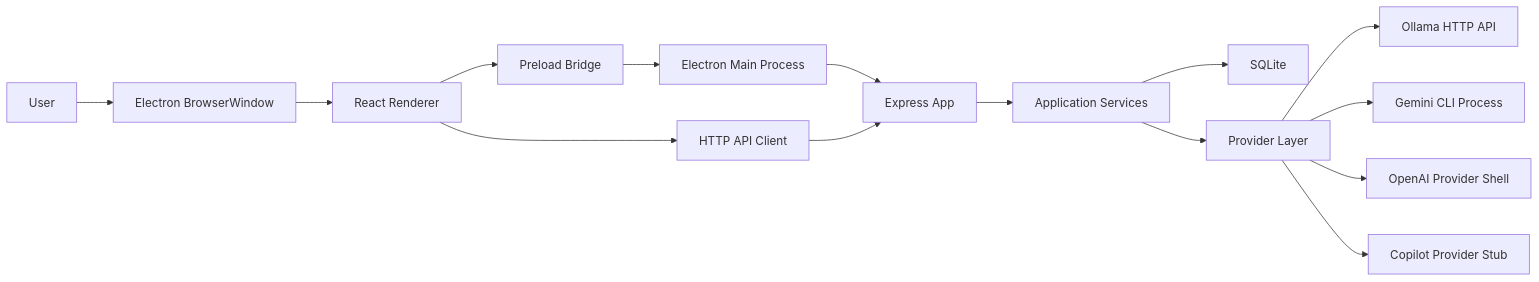
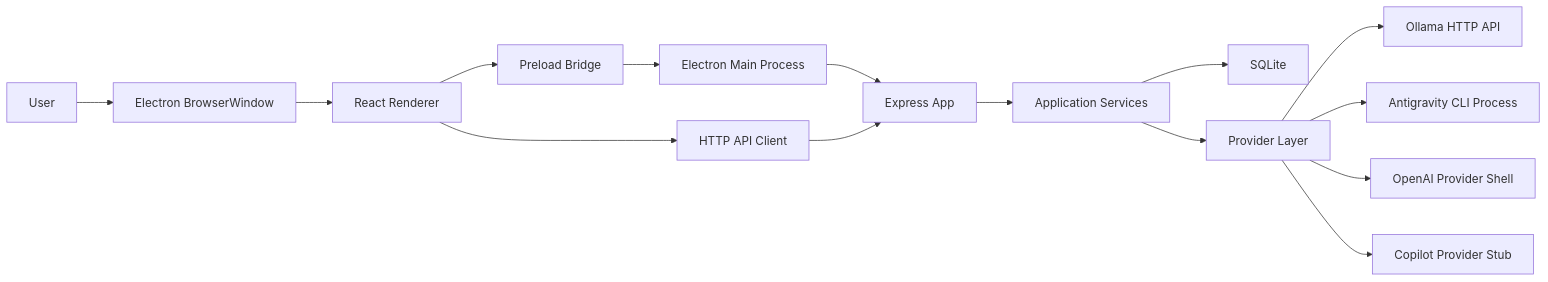
The first of 2 diagrams in docs/architecture/README.md (yungi0816/role-ai-brainstorm-workspace), drawn with Mermaid before and after one commit. The commit also changed other lines of this file and 7 other files, not shown here.

Commit message:
feat: replace Gemini CLI with Antigravity CLI

````diff
--- a/docs/architecture/README.md
+++ b/docs/architecture/README.md
@@ -7,17 +7,17 @@
 ```mermaid
 flowchart LR
     User["User"] --> Window["Electron BrowserWindow"]
     Window --> Renderer["React Renderer"]
     Renderer --> Bridge["Preload Bridge"]
     Renderer --> HTTP["HTTP API Client"]
     Bridge --> Main["Electron Main Process"]
     Main --> Express["Express App"]
     HTTP --> Express
     Express --> Services["Application Services"]
     Services --> SQLite["SQLite"]
     Services --> Providers["Provider Layer"]
     Providers --> Ollama["Ollama HTTP API"]
-    Providers --> Gemini["Gemini CLI Process"]
+    Providers --> Antigravity["Antigravity CLI Process"]
     Providers --> OpenAI["OpenAI Provider Shell"]
     Providers --> Copilot["Copilot Provider Stub"]
 ```
````
